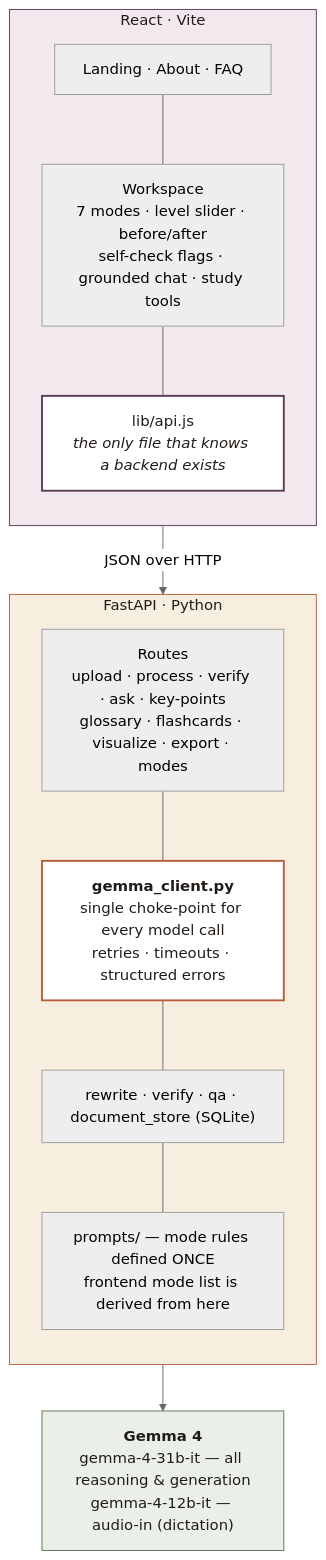
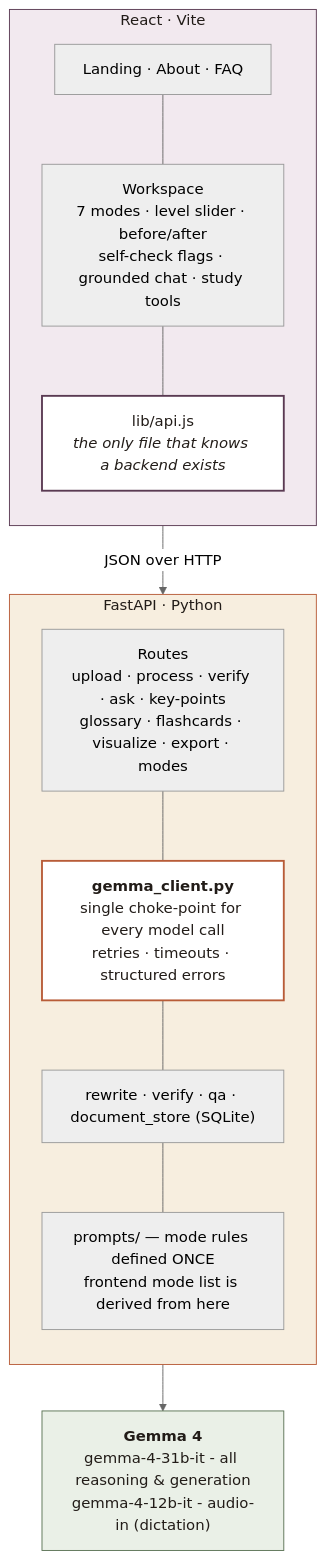
The second of 2 diagrams in README.md (DipannitaOrni/Lexi), drawn with Mermaid (neutral theme) before and after one commit. The commit also changed other lines of this file, not shown here.

````diff
--- a/README.md
+++ b/README.md
@@ -141,30 +141,30 @@
 ```mermaid
 flowchart TB
     subgraph FE["React · Vite"]
         direction TB
         Pages["Landing · About · FAQ"]
         Work["Workspace<br/>7 modes · level slider · before/after<br/>self-check flags · grounded chat · study tools"]
         API["lib/api.js<br/><i>the only file that knows a backend exists</i>"]
         Pages --- Work --- API
     end
 
     subgraph BE["FastAPI · Python"]
         direction TB
         Routes["Routes<br/>upload · process · verify · ask · key-points<br/>glossary · flashcards · visualize · export · modes"]
         Client["<b>gemma_client.py</b><br/>single choke-point for every model call<br/>retries · timeouts · structured errors"]
         Store["rewrite · verify · qa · document_store (SQLite)"]
         Prompts["prompts/ — mode rules defined ONCE<br/>frontend mode list is derived from here"]
         Routes --- Client --- Store --- Prompts
     end
 
-    Gemma["<b>Gemma 4</b><br/>gemma-4-31b-it — all reasoning &amp; generation<br/>gemma-4-12b-it — audio-in (dictation)"]
+    Gemma["<b>Gemma 4</b><br/>gemma-4-31b-it - all reasoning &amp; generation<br/>gemma-4-12b-it - audio-in (dictation)"]
 
     API -->|JSON over HTTP| Routes
     Client --> Gemma
 
     style FE fill:#F2E9EF,stroke:#5A3A52,color:#221C18
     style BE fill:#F7EEDF,stroke:#B85C38,color:#221C18
     style Gemma fill:#EAF0E7,stroke:#5B7355,color:#221C18
     style Client fill:#fff,stroke:#B85C38,stroke-width:2px,color:#221C18
     style API fill:#fff,stroke:#5A3A52,stroke-width:2px,color:#221C18
 ```
````
